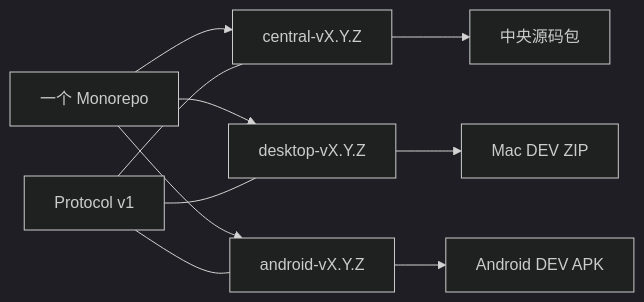
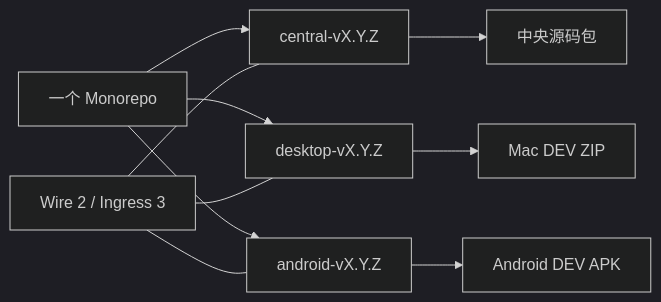
The diagram in docs/release-architecture.md (takenplan/mote), drawn with Mermaid (dark theme) before and after one commit. The commit also changed other lines of this file and 22 other files, not shown here.

````diff
--- a/docs/release-architecture.md
+++ b/docs/release-architecture.md
@@ -14,12 +14,12 @@
 ```mermaid
 flowchart LR
   Repo[一个 Monorepo] --> Central[central-vX.Y.Z]
   Repo --> Desktop[desktop-vX.Y.Z]
   Repo --> Android[android-vX.Y.Z]
   Central --> Source[中央源码包]
   Desktop --> ZIP[Mac DEV ZIP]
   Android --> APK[Android DEV APK]
-  Contract[Protocol v1] --- Central
+  Contract[Wire 2 / Ingress 3] --- Central
   Contract --- Desktop
   Contract --- Android
 ```
````
